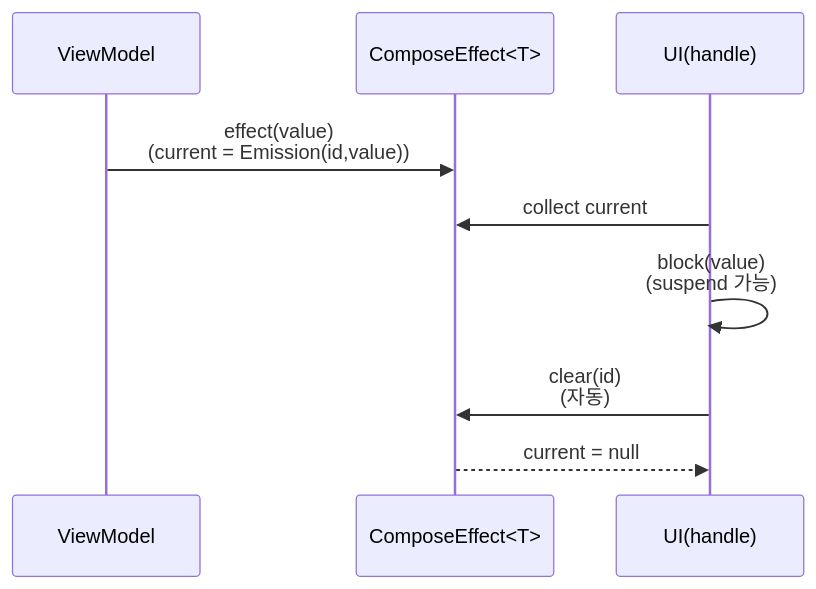
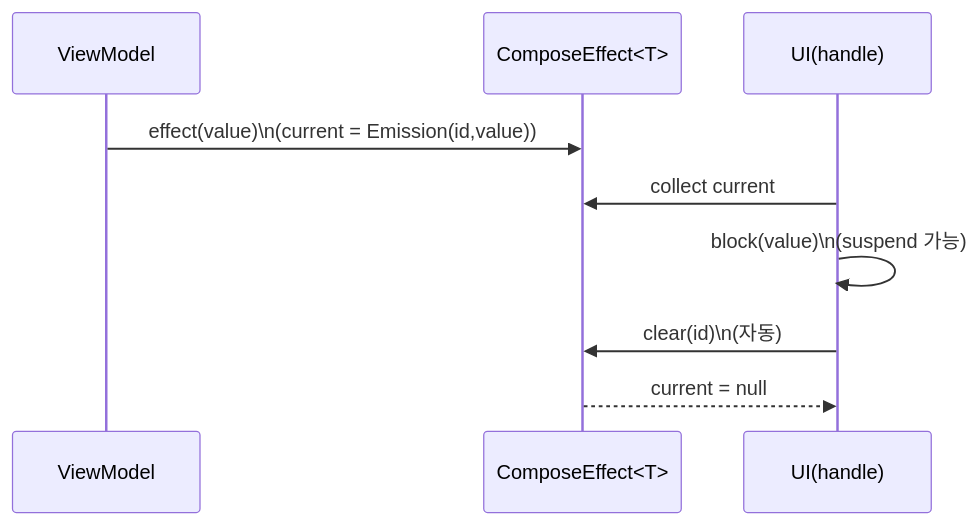
One commit to kez-lab/kez-lab.github.io changed the second of 3 diagrams in _posts/2026/02/2026-02-17-viewmodel-single-event.md. Above: the diagram before and after it, drawn with Mermaid. The commit also changed other lines of this file, not shown here.

Commit message:
fix: simplify mermaid 4.1 diagrams for parser compatibility

````diff
--- a/_posts/2026/02/2026-02-17-viewmodel-single-event.md
+++ b/_posts/2026/02/2026-02-17-viewmodel-single-event.md
@@ -119,12 +119,12 @@
 ```mermaid
 sequenceDiagram
   participant VM as ViewModel
   participant CE as ComposeEffect<T>
   participant UI as UI(handle)
 
-  VM->>CE: effect(value)<br/>(current = Emission(id,value))
+  VM->>CE: effect(value)\n(current = Emission(id,value))
   UI->>CE: collect current
-  UI->>UI: block(value)<br/>(suspend 가능)
-  UI->>CE: clear(id)<br/>(자동)
+  UI->>UI: block(value)\n(suspend 가능)
+  UI->>CE: clear(id)\n(자동)
   CE-->>UI: current = null
 ```
````
